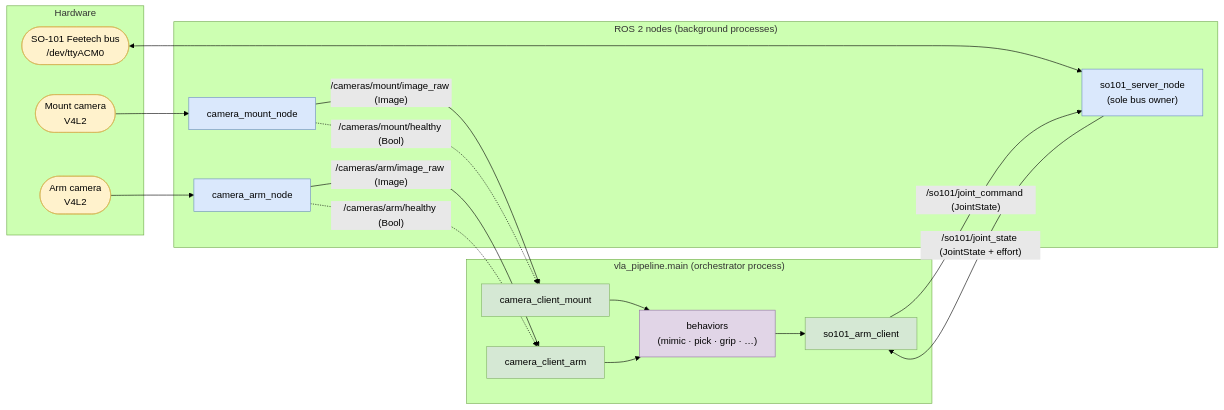
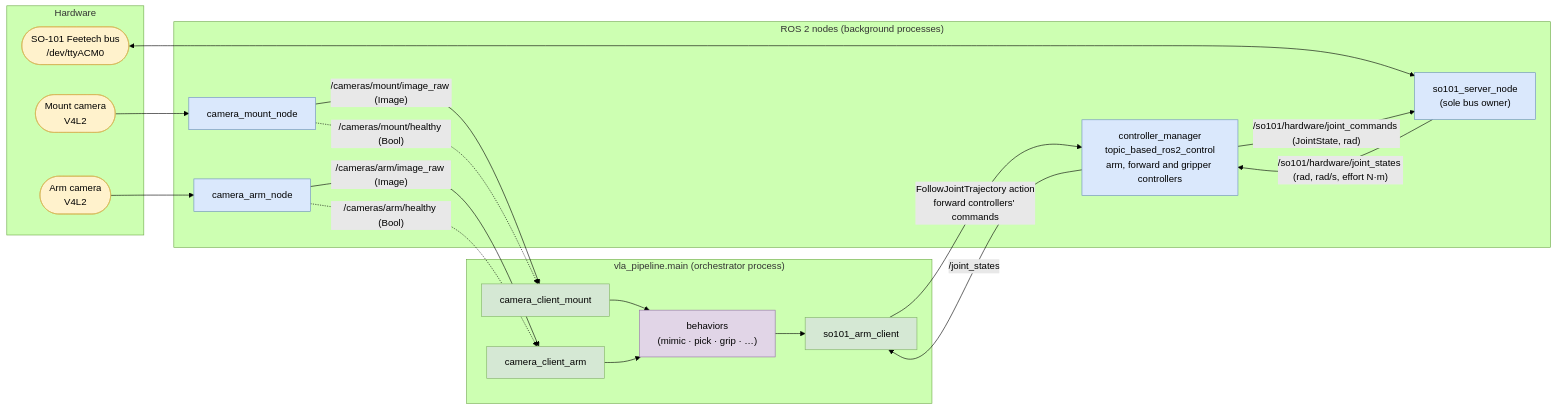
One commit to ThomasGmeinder/embedded-x86-ai changed the third of 3 diagrams in workshops/vvla-pipeline/README.md. Above: the diagram before and after it, drawn with Mermaid (forest theme). The commit also changed other lines of this file and 46 other files, not shown here.

````diff
--- a/workshops/vvla-pipeline/README.md
+++ b/workshops/vvla-pipeline/README.md
@@ -188,42 +188,45 @@
 ```mermaid
 flowchart LR
     subgraph DEVICES["Hardware"]
         MC([Mount camera<br/>V4L2]):::hw
         AC([Arm camera<br/>V4L2]):::hw
         BUS([SO-101 Feetech bus<br/>/dev/ttyACM0]):::hw
     end
 
     subgraph NODES["ROS 2 nodes (background processes)"]
         CMN["camera_mount_node"]:::node
         CAN["camera_arm_node"]:::node
         SRV["so101_server_node<br/>(sole bus owner)"]:::node
+        CM["controller_manager<br/>topic_based_ros2_control<br/>arm, forward and gripper controllers"]:::node
     end
 
     subgraph ORCH["vla_pipeline.main (orchestrator process)"]
         CCM["camera_client_mount"]:::client
         CCA["camera_client_arm"]:::client
         ARMCL["so101_arm_client"]:::client
         BEH["behaviors<br/>(mimic · pick · grip · …)"]:::beh
     end
 
     MC --> CMN
     AC --> CAN
     BUS <--> SRV
 
     CMN -->|"/cameras/mount/image_raw (Image)"| CCM
     CMN -.->|"/cameras/mount/healthy (Bool)"| CCM
     CAN -->|"/cameras/arm/image_raw (Image)"| CCA
     CAN -.->|"/cameras/arm/healthy (Bool)"| CCA
 
-    ARMCL -->|"/so101/joint_command (JointState)"| SRV
-    SRV -->|"/so101/joint_state (JointState + effort)"| ARMCL
+    CM -->|"/so101/hardware/joint_commands (JointState, rad)"| SRV
+    SRV -->|"/so101/hardware/joint_states (rad, rad/s, effort N·m)"| CM
+    ARMCL -->|"FollowJointTrajectory action<br/>forward controllers' commands"| CM
+    CM -->|"/joint_states"| ARMCL
 
     CCM --> BEH
     CCA --> BEH
     BEH --> ARMCL
 
     classDef hw fill:#fff2cc,stroke:#d6b656,color:#000;
     classDef node fill:#dae8fc,stroke:#6c8ebf,color:#000;
     classDef client fill:#d5e8d4,stroke:#82b366,color:#000;
     classDef beh fill:#e1d5e7,stroke:#9673a6,color:#000;
 ```
````
